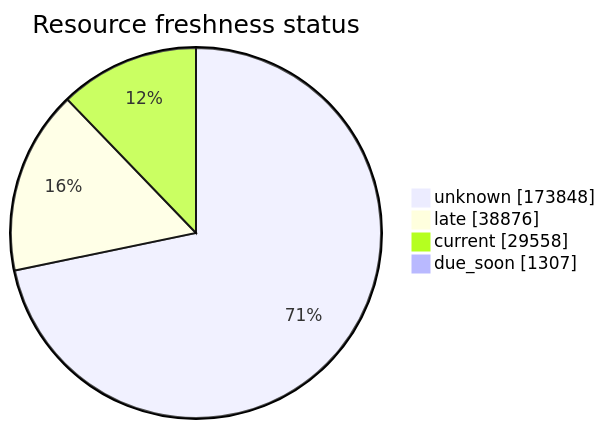
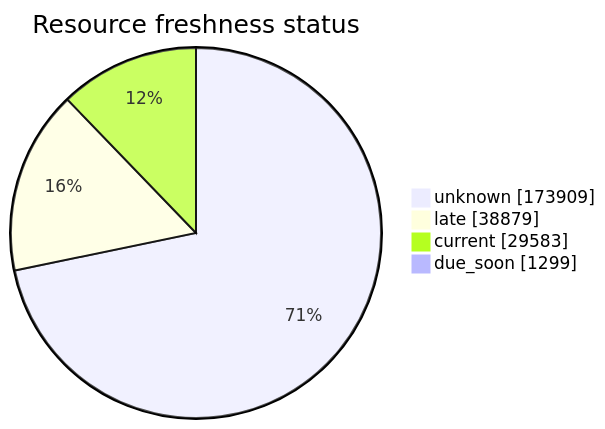
One commit to open-data/analytics-corporate-reporting changed the third of 5 diagrams in FreshCheck/README.md. Above: the diagram before and after it, drawn with Mermaid. The commit also changed other lines of this file and 3 other files, not shown here.

````diff
--- a/FreshCheck/README.md
+++ b/FreshCheck/README.md
@@ -77,7 +77,7 @@
 ```mermaid
 pie showData title Resource freshness status
-    "unknown": 173848
-    "late": 38876
-    "current": 29558
-    "due_soon": 1307
+    "unknown": 173909
+    "late": 38879
+    "current": 29583
+    "due_soon": 1299
 ```
````
